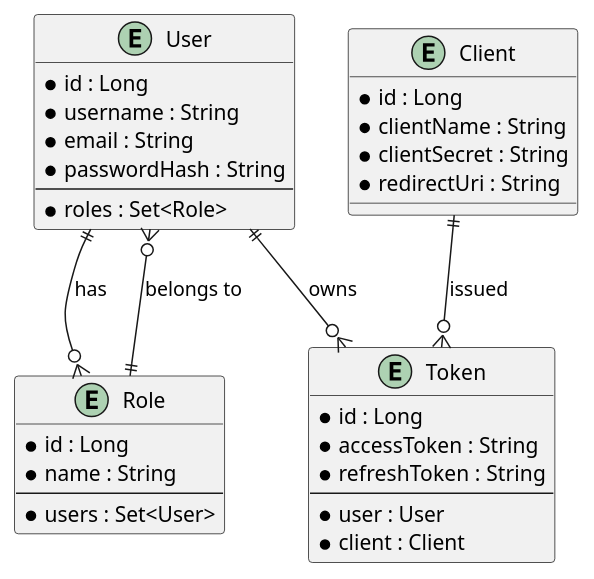
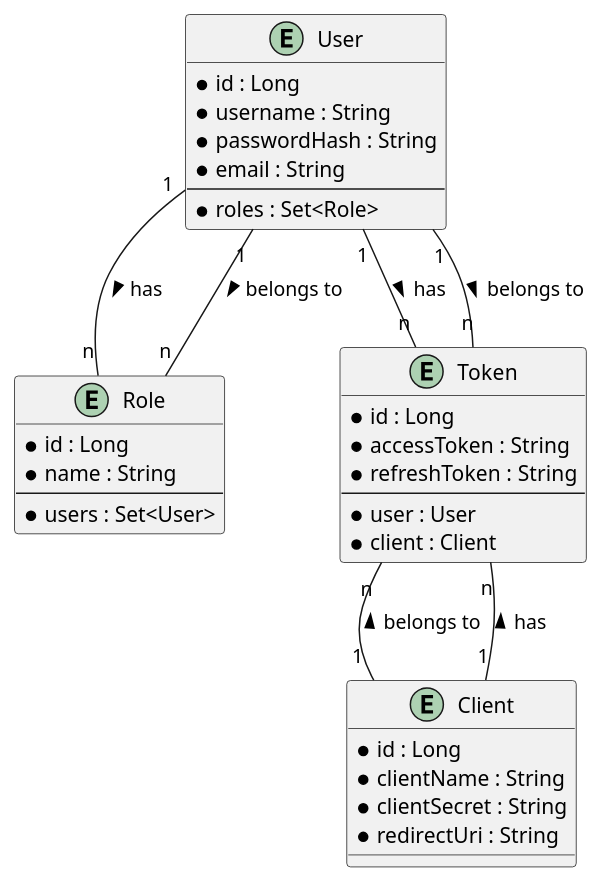
Before and after one commit to Dinesh-s95/AutoDoc.ai: the fourth of 4 diagrams in identityprovider/documentation/detaileddesign.adoc, drawn with PlantUML. The commit also changed other lines of this file and 4 other files, not shown here.

````diff
--- a/identityprovider/documentation/detaileddesign.adoc
+++ b/identityprovider/documentation/detaileddesign.adoc
@@ -346,40 +371,43 @@
-```plantuml
+[plantuml, er-diagram, png]
+----
 @startuml
-entity User {
-  * id : Long
-  * username : String
-  * email : String
-  * passwordHash : String
+entity "User" as User {
+  *id : Long
+  *username : String
+  *passwordHash : String
+  *email : String
   --
-  * roles : Set<Role>
+  *roles : Set<Role>
 }
 
-entity Role {
-  * id : Long
-  * name : String
+entity "Role" as Role {
+  *id : Long
+  *name : String
   --
-  * users : Set<User>
+  *users : Set<User>
 }
 
-entity Client {
-  * id : Long
-  * clientName : String
-  * clientSecret : String
-  * redirectUri : String
+entity "Client" as Client {
+  *id : Long
+  *clientName : String
+  *clientSecret : String
+  *redirectUri : String
 }
 
-entity Token {
-  * id : Long
-  * accessToken : String
-  * refreshToken : String
+entity "Token" as Token {
+  *id : Long
+  *accessToken : String
+  *refreshToken : String
   --
-  * user : User
-  * client : Client
+  *user : User
+  *client : Client
 }
 
-User ||--o{ Role : has
-Role ||--o{ User : belongs to
-User ||--o{ Token : owns
-Client ||--o{ Token : issued
+User "1" -- "n" Role : has >
+Role "n" -- "1" User : belongs to <
+User "1" -- "n" Token : has >
+Token "n" -- "1" User : belongs to <
+Client "1" -- "n" Token : has >
+Token "n" -- "1" Client : belongs to <
 @enduml
-```
+----
````
